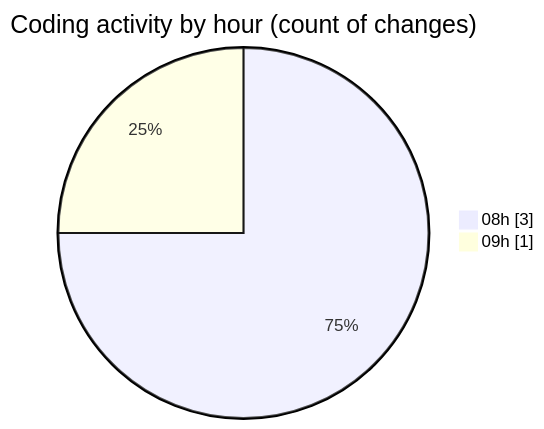
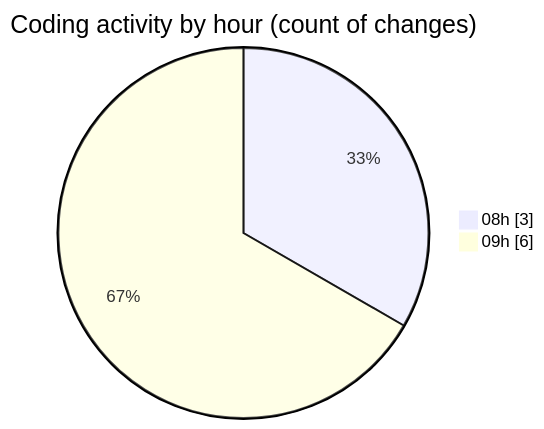
Before and after one commit to BS-eng2023/code-tracking: the second of 2 diagrams in 2025-04-01/jsvms/README.md, drawn with Mermaid. The commit also changed other lines of this file and 1 other file, not shown here.

````diff
--- a/2025-04-01/jsvms/README.md
+++ b/2025-04-01/jsvms/README.md
@@ -31,6 +36,6 @@
 ```mermaid
 pie showData
 title Coding activity by hour (count of changes)
 "08h" : 3
-"09h" : 1
+"09h" : 6
 ```
````
